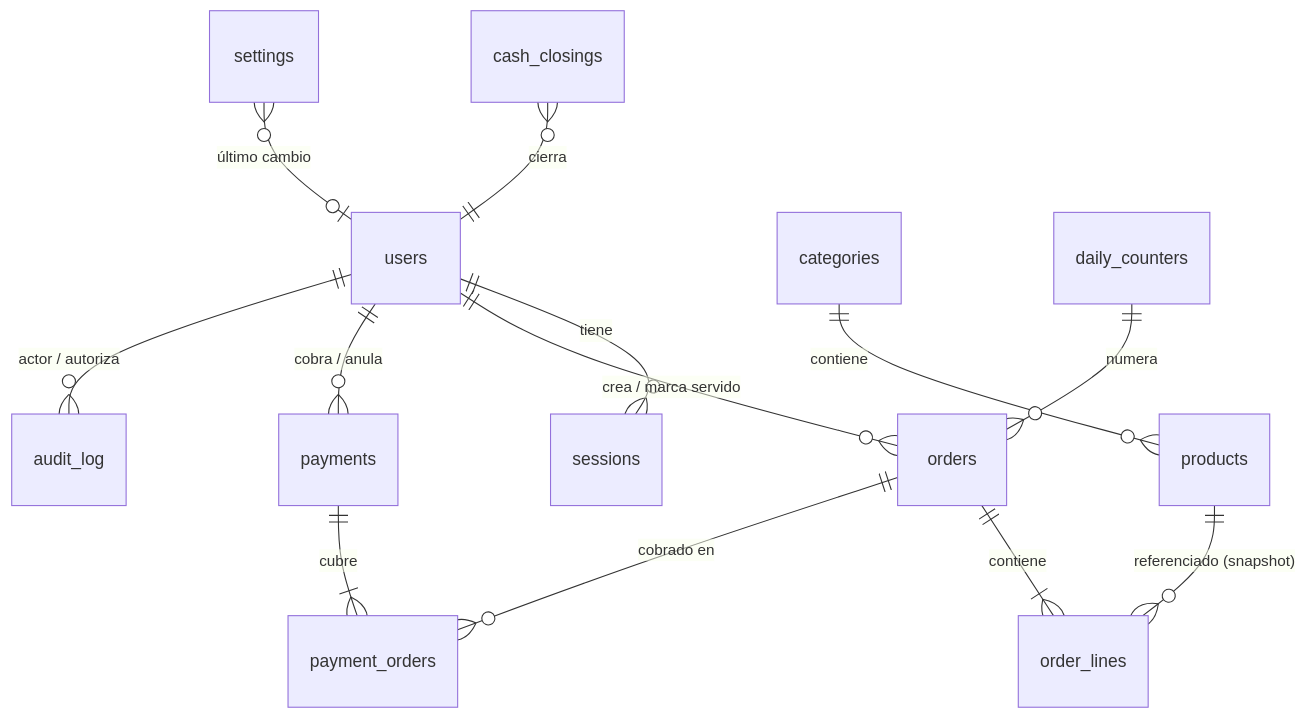
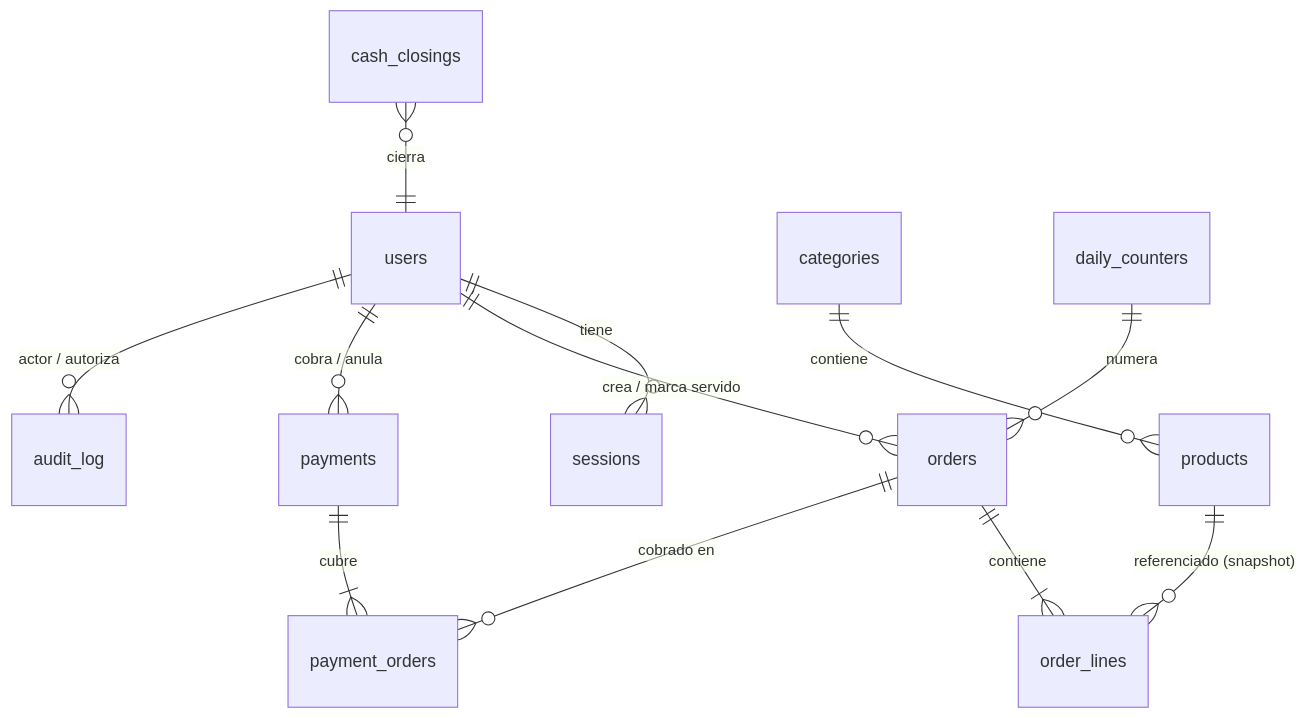
Before and after one commit to Pablo592/testing-ia: the second of 3 diagrams in docs/arquitectura.md, drawn with Mermaid. The commit also changed other lines of this file and 6 other files, not shown here.

````diff
--- a/docs/arquitectura.md
+++ b/docs/arquitectura.md
@@ -180,15 +185,14 @@
 ```mermaid
 erDiagram
   users ||--o{ sessions : "tiene"
   users ||--o{ orders : "crea / marca servido"
   categories ||--o{ products : "contiene"
   products ||--o{ order_lines : "referenciado (snapshot)"
   orders ||--|{ order_lines : "contiene"
   payments ||--|{ payment_orders : "cubre"
   orders ||--o{ payment_orders : "cobrado en"
   users ||--o{ payments : "cobra / anula"
   users ||--o{ audit_log : "actor / autoriza"
   daily_counters ||--o{ orders : "numera"
   cash_closings }o--|| users : "cierra"
-  settings }o--o| users : "último cambio"
 ```
````
